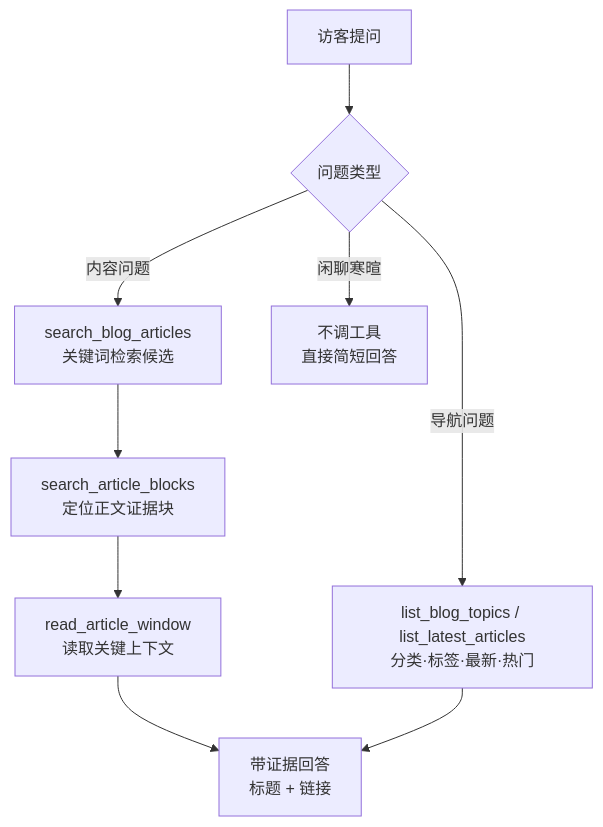
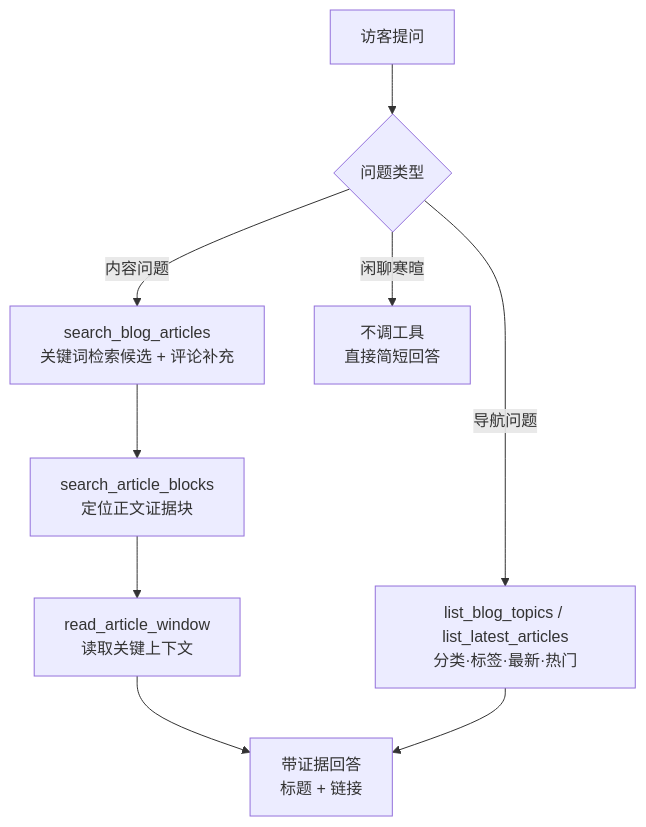
Before and after one commit to qianxi-00/My_Blog: the second of 3 diagrams in docs/ai-architecture.md, drawn with Mermaid. The commit also changed other lines of this file and 5 other files, not shown here.

````diff
--- a/docs/ai-architecture.md
+++ b/docs/ai-architecture.md
@@ -39,11 +39,11 @@
 ```mermaid
 flowchart TD
     Q[访客提问] --> C{问题类型}
-    C -->|内容问题| S1[search_blog_articles<br/>关键词检索候选]
+    C -->|内容问题| S1[search_blog_articles<br/>关键词检索候选 + 评论补充]
     C -->|导航问题| S2[list_blog_topics / list_latest_articles<br/>分类·标签·最新·热门]
     S1 --> S3[search_article_blocks<br/>定位正文证据块]
     S3 --> S4[read_article_window<br/>读取关键上下文]
     S4 --> ANS[带证据回答<br/>标题 + 链接]
     S2 --> ANS
     C -->|闲聊寒暄| ANS2[不调工具<br/>直接简短回答]
 ```
````
